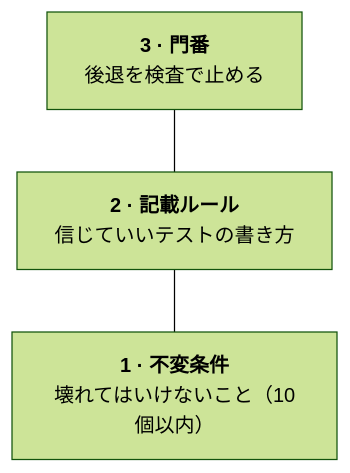
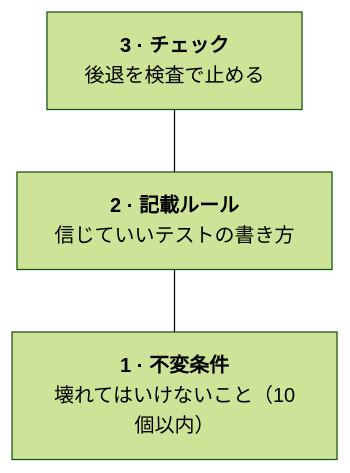
Before and after one commit to rerorets/hadome: the diagram in docs/model.ja.md, drawn with Mermaid (forest theme). The commit also changed other lines of this file and 40 other files, not shown here.

````diff
--- a/docs/model.ja.md
+++ b/docs/model.ja.md
@@ -5,7 +5,7 @@
 ```mermaid
 flowchart TB
-  G["<b>3 · 門番</b><br/>後退を検査で止める"]
+  G["<b>3 · チェック</b><br/>後退を検査で止める"]
   R["<b>2 · 記載ルール</b><br/>信じていいテストの書き方"]
   I["<b>1 · 不変条件</b><br/>壊れてはいけないこと（10個以内）"]
   G --- R --- I
 ```
````
